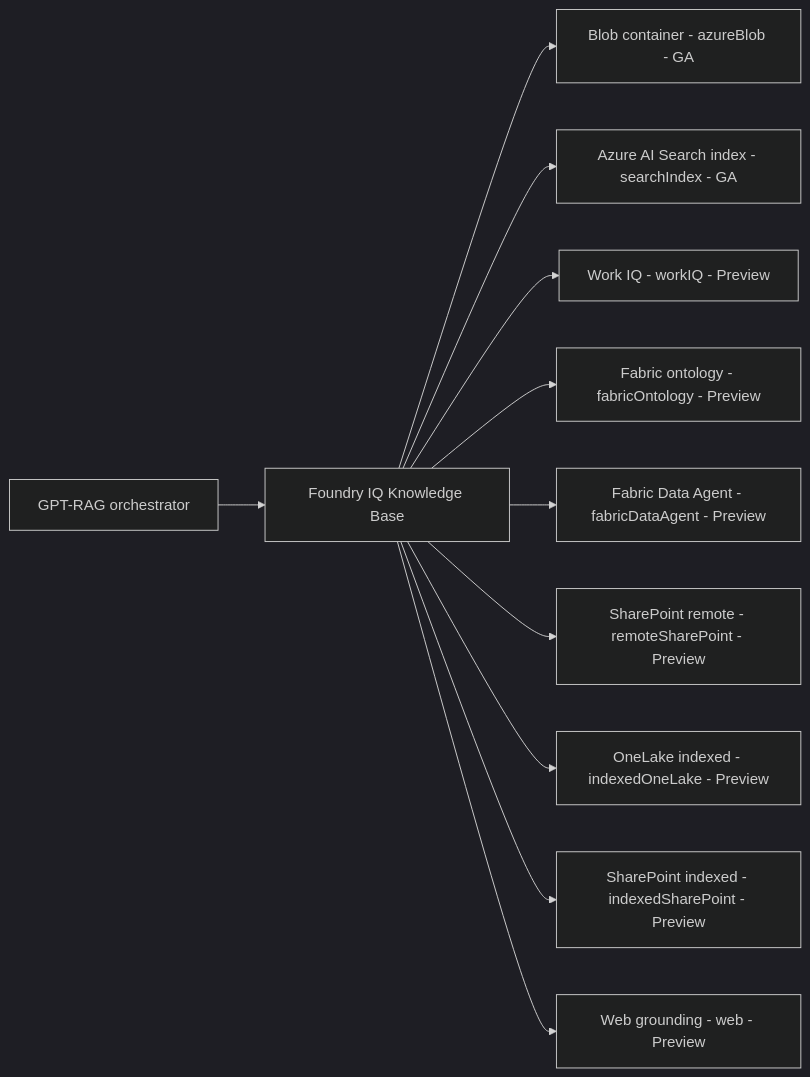
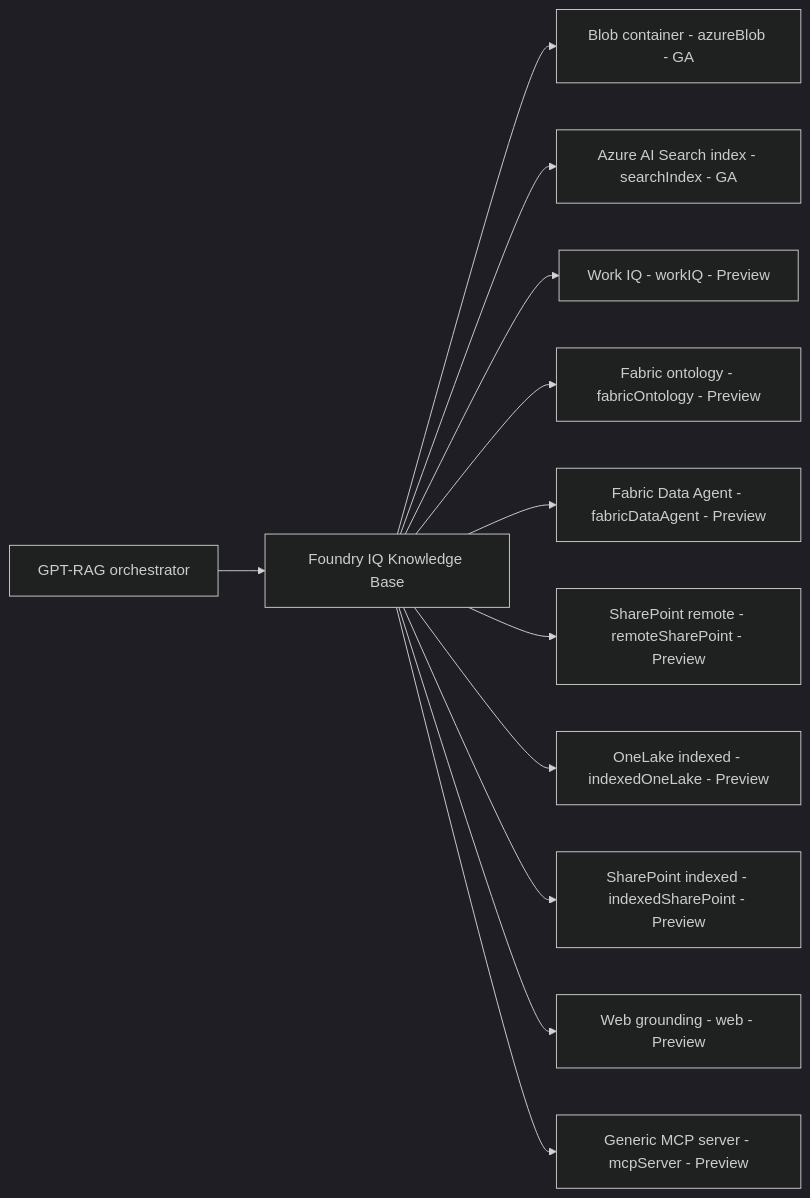
One commit to Azure/GPT-RAG changed the diagram in docs/howto_grounding_overview.md. Above: the diagram before and after it, drawn with Mermaid (dark theme). The commit also changed other lines of this file and 3 other files, not shown here.

First line of the commit message:
docs(grounding): add generic MCP server how-to (preview)

````diff
--- a/docs/howto_grounding_overview.md
+++ b/docs/howto_grounding_overview.md
@@ -70,13 +70,14 @@
 ```mermaid
 flowchart LR
   O[GPT-RAG orchestrator] --> KB[Foundry IQ Knowledge Base]
   KB --> KS1[Blob container - azureBlob - GA]
   KB --> KS2[Azure AI Search index - searchIndex - GA]
   KB --> KS3[Work IQ - workIQ - Preview]
   KB --> KS4[Fabric ontology - fabricOntology - Preview]
   KB --> KS5[Fabric Data Agent - fabricDataAgent - Preview]
   KB --> KS6[SharePoint remote - remoteSharePoint - Preview]
   KB --> KS7[OneLake indexed - indexedOneLake - Preview]
   KB --> KS8[SharePoint indexed - indexedSharePoint - Preview]
   KB --> KS9[Web grounding - web - Preview]
+  KB --> KS10[Generic MCP server - mcpServer - Preview]
 ```
````
